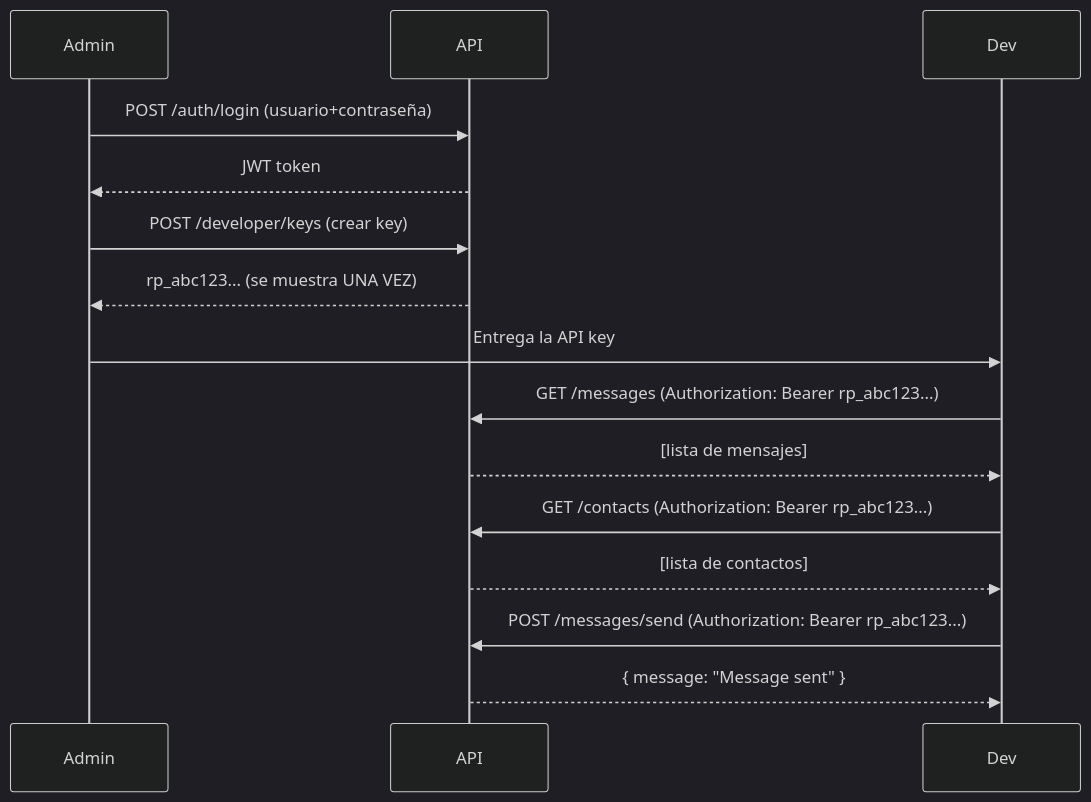
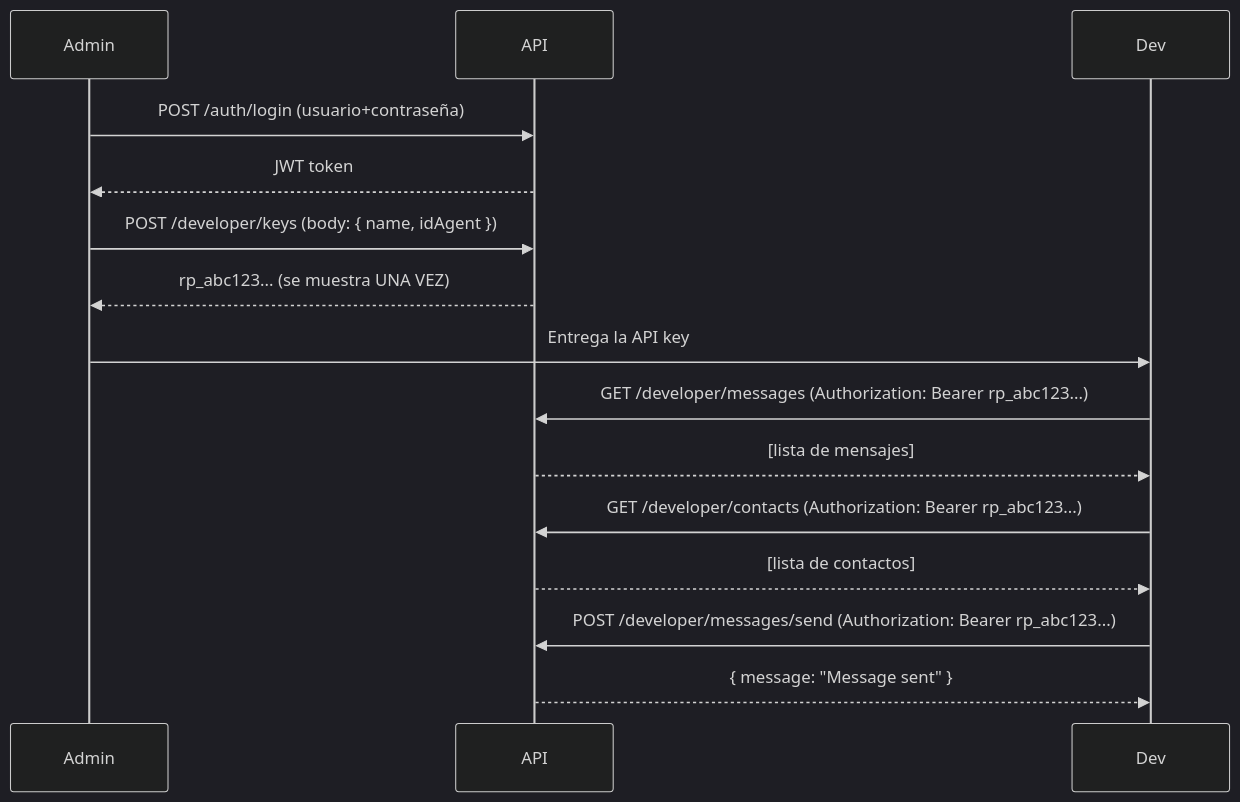
Before and after one commit to mmppppss/reply: the diagram in docs/api/developer/README.md, drawn with Mermaid (dark theme). The commit also changed other lines of this file and 14 other files, not shown here.

````diff
--- a/docs/api/developer/README.md
+++ b/docs/api/developer/README.md
@@ -24,14 +26,14 @@
 ```mermaid
 sequenceDiagram
     Admin->>API: POST /auth/login (usuario+contraseña)
     API-->>Admin: JWT token
-    Admin->>API: POST /developer/keys (crear key)
+    Admin->>API: POST /developer/keys (body: { name, idAgent })
     API-->>Admin: rp_abc123... (se muestra UNA VEZ)
     Admin->>Dev: Entrega la API key
-    Dev->>API: GET /messages (Authorization: Bearer rp_abc123...)
+    Dev->>API: GET /developer/messages (Authorization: Bearer rp_abc123...)
     API-->>Dev: [lista de mensajes]
-    Dev->>API: GET /contacts (Authorization: Bearer rp_abc123...)
+    Dev->>API: GET /developer/contacts (Authorization: Bearer rp_abc123...)
     API-->>Dev: [lista de contactos]
-    Dev->>API: POST /messages/send (Authorization: Bearer rp_abc123...)
+    Dev->>API: POST /developer/messages/send (Authorization: Bearer rp_abc123...)
     API-->>Dev: { message: "Message sent" }
 ```
````
